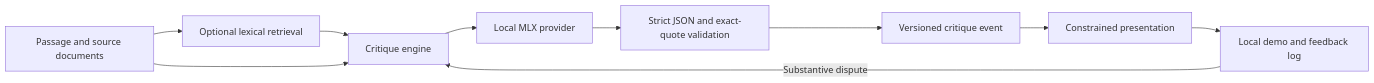
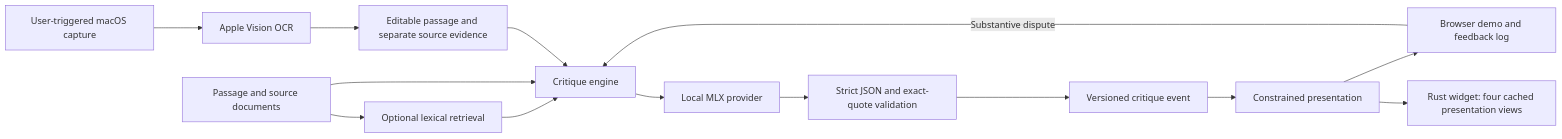
One commit to YashVG/writing-FTM changed the diagram in research/architecture.md. Above: the diagram before and after it, drawn with Mermaid. The commit also changed other lines of this file and 20 other files, not shown here.

````diff
--- a/research/architecture.md
+++ b/research/architecture.md
@@ -5,12 +5,16 @@
 ```mermaid
 flowchart LR
     A[Passage and source documents] --> B[Optional lexical retrieval]
     B --> C[Critique engine]
     A --> C
     C --> D[Local MLX provider]
     D --> E[Strict JSON and exact-quote validation]
     E --> F[Versioned critique event]
     F --> G[Constrained presentation]
-    G --> H[Local demo and feedback log]
+    G --> H[Browser demo and feedback log]
+    G --> I[Rust widget: four cached presentation views]
+    J[User-triggered macOS capture] --> K[Apple Vision OCR]
+    K --> L[Editable passage and separate source evidence]
+    L --> C
     H -->|Substantive dispute| C
 ```
````
